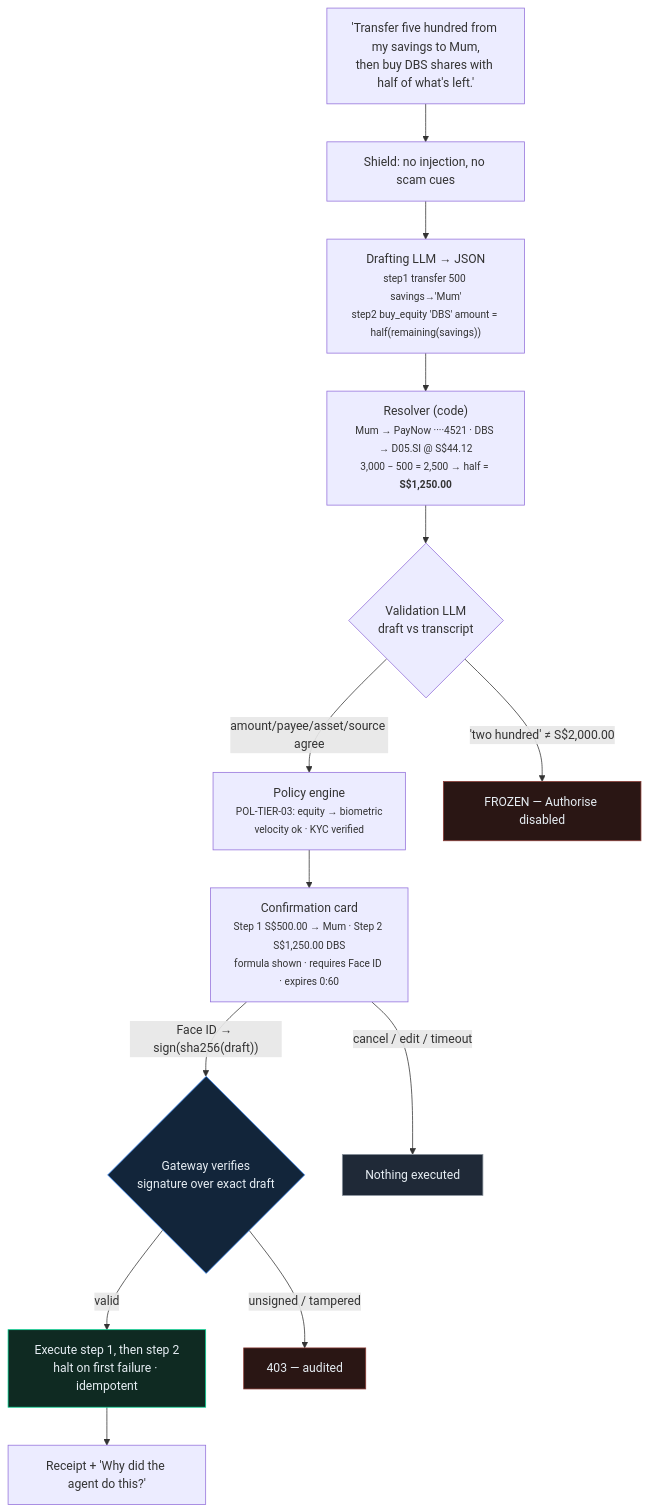
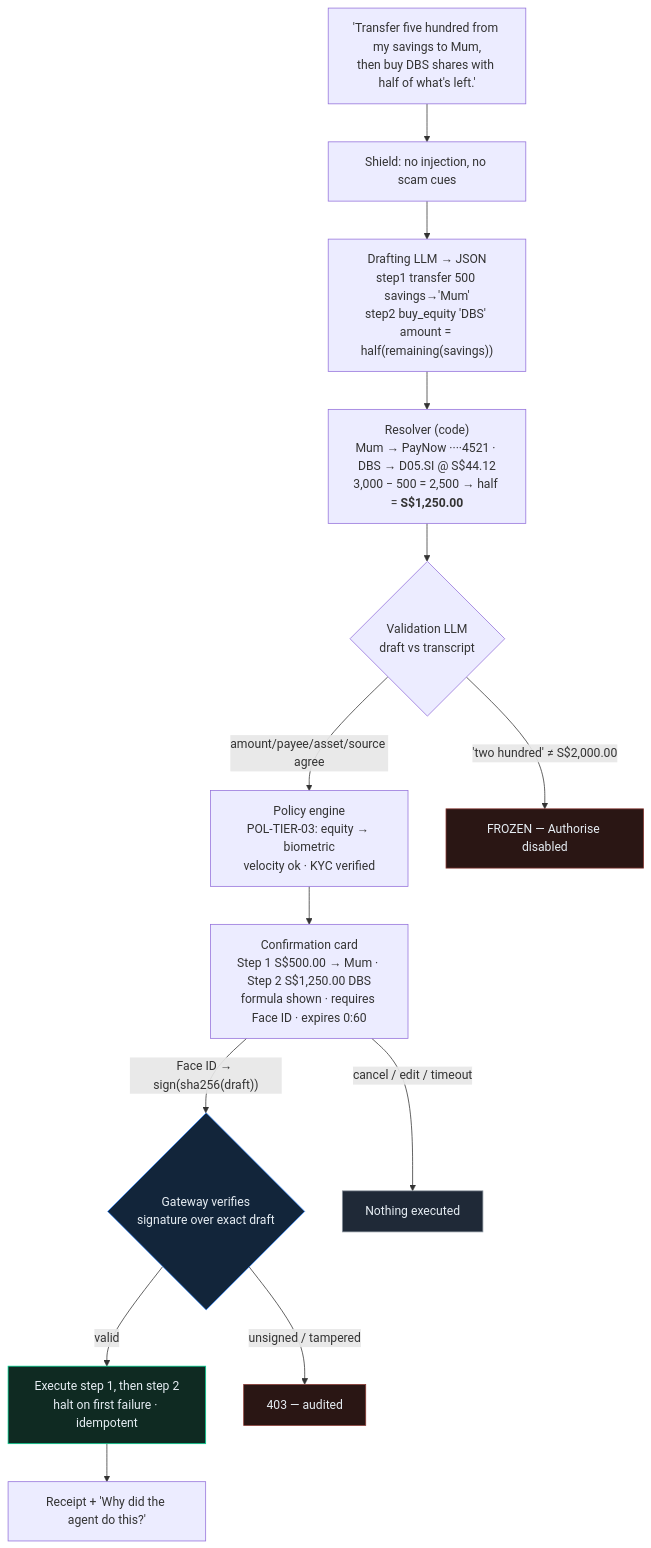
One commit to aljabrialam/tencent-cloud-ai-hackathon-sg-2026 changed the first of 2 diagrams in README.md. Above: the diagram before and after it, drawn with Mermaid. The commit also changed other lines of this file and 2 other files, not shown here.

Commit message:
Fix mermaid label drift — drop <small> tags
Mermaid sizes nodes before applying HTML labels, so <small> sub-text
wrapped outside the node box. Plain <br/> line breaks now; text stays
inside the nodes in all three diagram files.

Generated with [Devin](https://devin.ai)

````diff
--- a/README.md
+++ b/README.md
@@ -97,22 +97,22 @@
 ```mermaid
 flowchart TB
   G["'Transfer five hundred from my savings to Mum,<br/>then buy DBS shares with half of what's left.'"]
   G --> SH["Shield: no injection, no scam cues"]
-  SH --> D["Drafting LLM → JSON<br/><small>step1 transfer 500 savings→'Mum'<br/>step2 buy_equity 'DBS' amount = half(remaining(savings))</small>"]
-  D --> R["Resolver (code)<br/><small>Mum → PayNow ····4521 · DBS → D05.SI @ S$44.12<br/>3,000 − 500 = 2,500 → half = <b>S$1,250.00</b></small>"]
+  SH --> D["Drafting LLM → JSON<br/>step1 transfer 500 savings→'Mum'<br/>step2 buy_equity 'DBS' amount = half(remaining(savings))"]
+  D --> R["Resolver (code)<br/>Mum → PayNow ····4521 · DBS → D05.SI @ S$44.12<br/>3,000 − 500 = 2,500 → half = <b>S$1,250.00</b>"]
   R --> V{"Validation LLM<br/>draft vs transcript"}
-  V -->|"amount/payee/asset/source agree"| P["Policy engine<br/><small>POL-TIER-03: equity → biometric<br/>velocity ok · KYC verified</small>"]
+  V -->|"amount/payee/asset/source agree"| P["Policy engine<br/>POL-TIER-03: equity → biometric<br/>velocity ok · KYC verified"]
   V -->|"'two hundred' ≠ S$2,000.00"| F["FROZEN — Authorise disabled"]
-  P --> C["Confirmation card<br/><small>Step 1 S$500.00 → Mum · Step 2 S$1,250.00 DBS<br/>formula shown · requires Face ID · expires 0:60</small>"]
+  P --> C["Confirmation card<br/>Step 1 S$500.00 → Mum · Step 2 S$1,250.00 DBS<br/>formula shown · requires Face ID · expires 0:60"]
   C -->|"Face ID → sign(sha256(draft))"| GW{"Gateway verifies<br/>signature over exact draft"}
   C -->|"cancel / edit / timeout"| N["Nothing executed"]
   GW -->|"valid"| E["Execute step 1, then step 2<br/>halt on first failure · idempotent"]
   GW -->|"unsigned / tampered"| X["403 — audited"]
   E --> A["Receipt + 'Why did the agent do this?'"]
 
   style F fill:#2A1614,stroke:#8B3A34,color:#E6EDF3
   style X fill:#2A1614,stroke:#8B3A34,color:#E6EDF3
   style N fill:#1F2937,stroke:#8B949E,color:#E6EDF3
   style GW fill:#12253A,stroke:#388BFD,color:#E6EDF3
   style E fill:#0F2A22,stroke:#00D492,color:#E6EDF3
 ```
````
